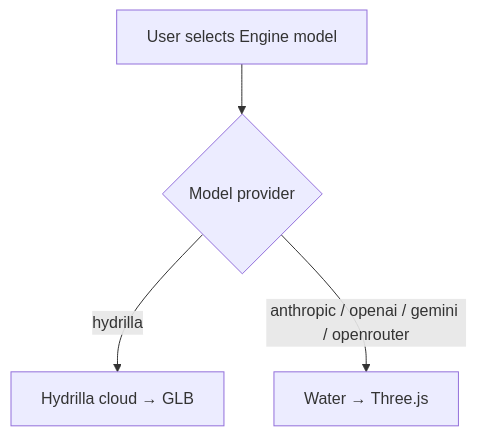
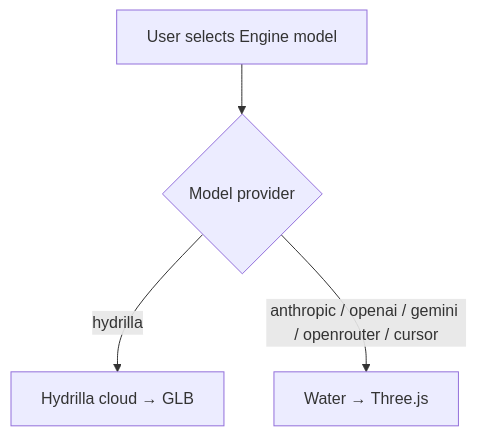
One commit to dhanushyangal/hyd-f changed the first of 3 diagrams in docs/GENERATION_FLOWS.md. Above: the diagram before and after it, drawn with Mermaid. The commit also changed other lines of this file and 8 other files, not shown here.

First line of the commit message:
Unify Water model selection across Claude, OpenAI, OpenRouter, and Cursor.

````diff
--- a/docs/GENERATION_FLOWS.md
+++ b/docs/GENERATION_FLOWS.md
@@ -13,6 +13,6 @@
 ```mermaid
 flowchart TD
     A[User selects Engine model] --> B{Model provider}
     B -->|hydrilla| C[Hydrilla cloud → GLB]
-    B -->|anthropic / openai / gemini / openrouter| D[Water → Three.js]
+    B -->|anthropic / openai / gemini / openrouter / cursor| D[Water → Three.js]
 ```
````
